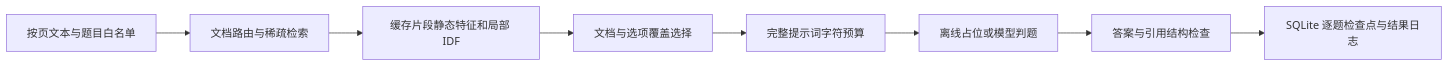
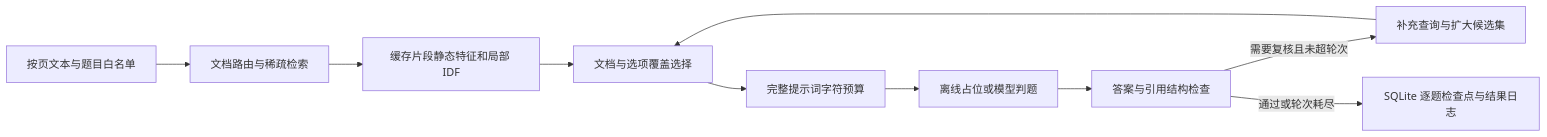
One commit to GoBang5/afac-evidence-lab changed the diagram in docs/lab/README.md. Above: the diagram before and after it, drawn with Mermaid. The commit also changed other lines of this file and 88 other files, not shown here.

````diff
--- a/docs/lab/README.md
+++ b/docs/lab/README.md
@@ -29,10 +29,12 @@
 ```mermaid
 flowchart LR
  A[按页文本与题目白名单] --> B[文档路由与稀疏检索]
  B --> C[缓存片段静态特征和局部 IDF]
  C --> D[文档与选项覆盖选择]
  D --> E[完整提示词字符预算]
  E --> F[离线占位或模型判题]
  F --> G[答案与引用结构检查]
- G --> H[SQLite 逐题检查点与结果日志]
+ G -->|需要复核且未超轮次| I[补充查询与扩大候选集]
+ I --> D
+ G -->|通过或轮次耗尽| H[SQLite 逐题检查点与结果日志]
 ```
````
